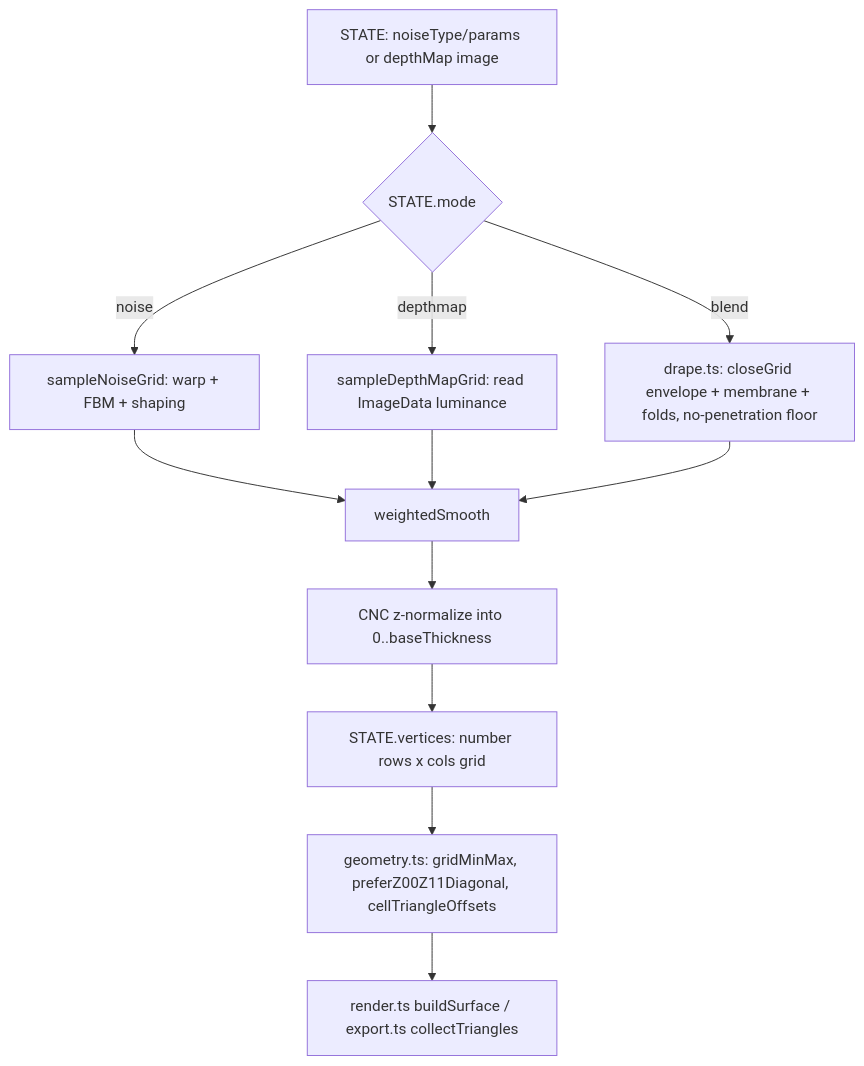
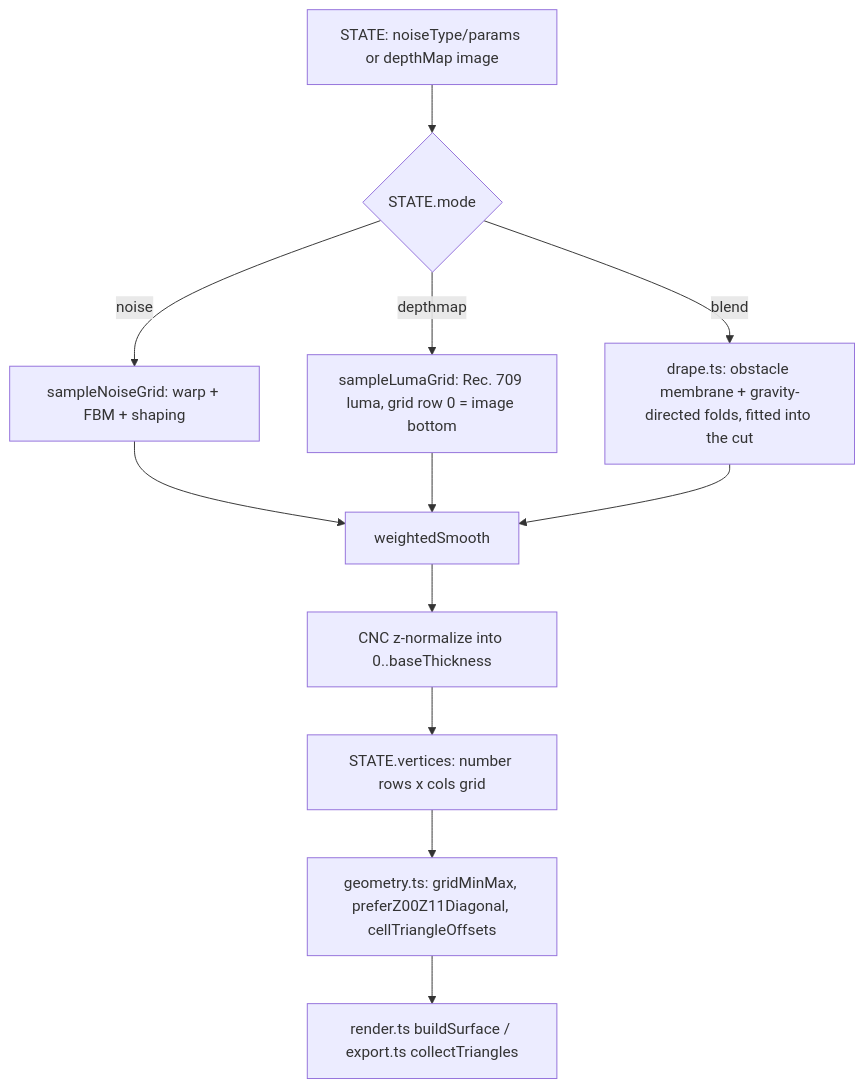
One commit to nsaw/mesh-maker changed the diagram in CONTEXT/greptile/docs/mesh-generation-core.md. Above: the diagram before and after it, drawn with Mermaid. The commit also changed other lines of this file and 12 other files, not shown here.

First line of the commit message:
fix(drape): exact obstacle, fold-scale fit, converged solver, review round 1

````diff
--- a/CONTEXT/greptile/docs/mesh-generation-core.md
+++ b/CONTEXT/greptile/docs/mesh-generation-core.md
@@ -11,14 +11,14 @@
 ```mermaid
 flowchart TD
   A[STATE: noiseType/params or depthMap image] --> B{STATE.mode}
   B -->|noise| C[sampleNoiseGrid: warp + FBM + shaping]
-  B -->|depthmap| D[sampleDepthMapGrid: read ImageData luminance]
-  B -->|blend| E[drape.ts: closeGrid envelope + membrane + folds, no-penetration floor]
+  B -->|depthmap| D[sampleLumaGrid: Rec. 709 luma, grid row 0 = image bottom]
+  B -->|blend| E[drape.ts: obstacle membrane + gravity-directed folds, fitted into the cut]
   C --> F[weightedSmooth]
   D --> F
   E --> F
   F --> G[CNC z-normalize into 0..baseThickness]
   G --> H[STATE.vertices: number rows x cols grid]
   H --> I[geometry.ts: gridMinMax, preferZ00Z11Diagonal, cellTriangleOffsets]
   I --> J[render.ts buildSurface / export.ts collectTriangles]
 ```
````
